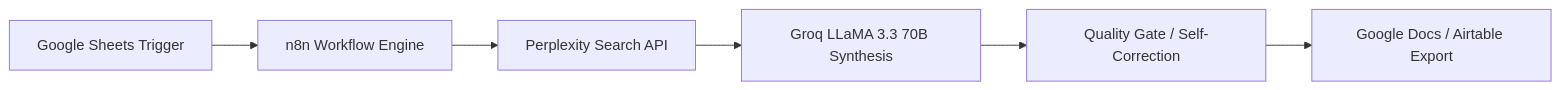
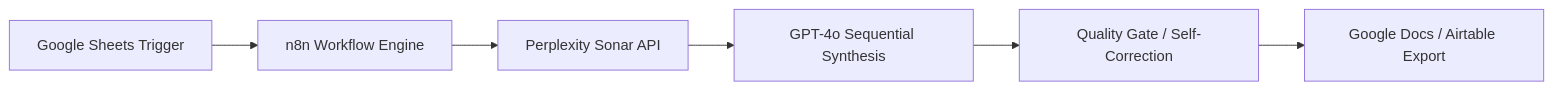
One commit to RishabJainhub/market-research-pipeline changed the diagram in README.md. Above: the diagram before and after it, drawn with Mermaid. The commit also changed other lines of this file and 2 other files, not shown here.

Commit message:
fix: rectify repository content with correct Perplexity+GPT-4o version

````diff
--- a/README.md
+++ b/README.md
@@ -32,8 +32,8 @@
 ```mermaid
 graph LR
     A[Google Sheets Trigger] --> B[n8n Workflow Engine]
-    B --> C[Perplexity Search API]
-    C --> D[Groq LLaMA 3.3 70B Synthesis]
+    B --> C[Perplexity Sonar API]
+    C --> D[GPT-4o Sequential Synthesis]
     D --> E[Quality Gate / Self-Correction]
     E --> F[Google Docs / Airtable Export]
 ```
````
